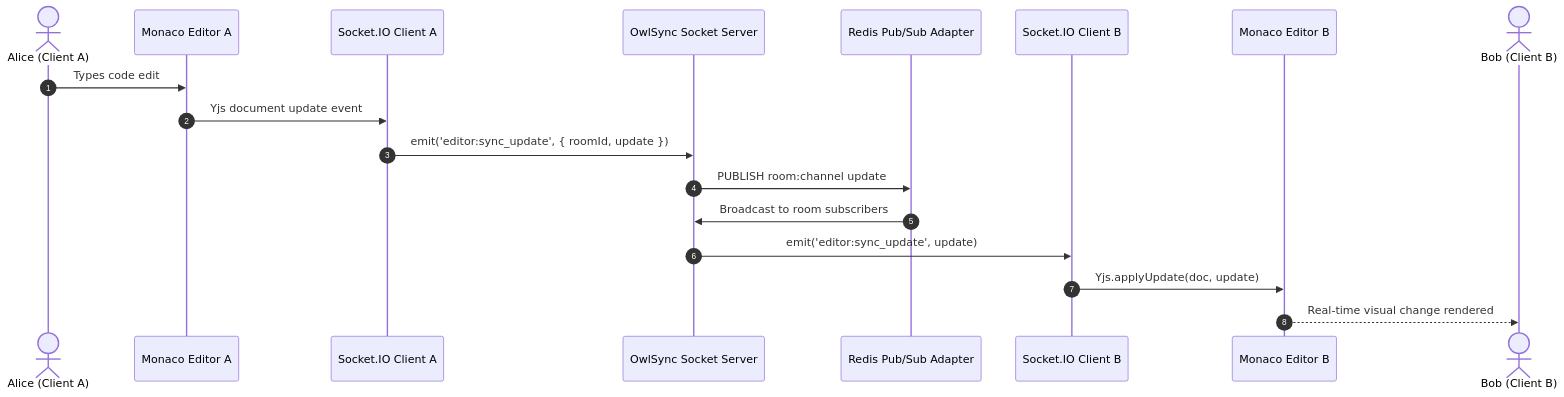
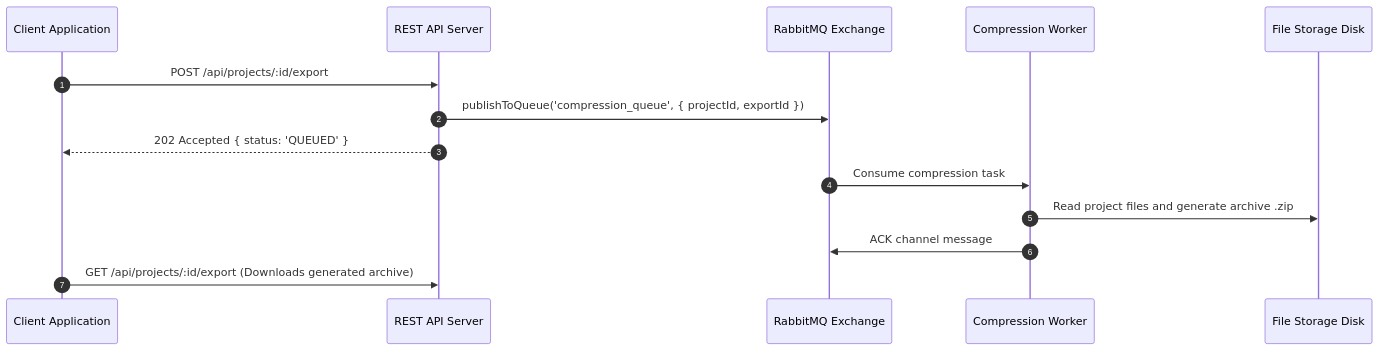
One commit to DhruvGola777/OwlSync changed the third of 3 diagrams in docs/SDD.md. Above: the diagram before and after it, drawn with Mermaid. The commit also changed other lines of this file and 3 other files, not shown here.

Commit message:
docs: add architectural documentation and initialize API error logging for infrastructure debugging

````diff
--- a/docs/SDD.md
+++ b/docs/SDD.md
@@ -99,21 +144,18 @@
 ```mermaid
 sequenceDiagram
     autonumber
-    actor Alice as Alice (Client A)
-    participant MonacoA as Monaco Editor A
-    participant SocketA as Socket.IO Client A
-    participant SocketServer as OwlSync Socket Server
-    participant RedisPubSub as Redis Pub/Sub Adapter
-    participant SocketB as Socket.IO Client B
-    participant MonacoB as Monaco Editor B
-    actor Bob as Bob (Client B)
+    participant Client as Client Application
+    participant API as REST API Server
+    participant RMQ as RabbitMQ Exchange
+    participant Worker as Compression Worker
+    participant Storage as File Storage Disk
 
-    Alice->>MonacoA: Types code edit
-    MonacoA->>SocketA: Yjs document update event
-    SocketA->>SocketServer: emit('editor:sync_update', { roomId, update })
-    SocketServer->>RedisPubSub: PUBLISH room:channel update
-    RedisPubSub->>SocketServer: Broadcast to room subscribers
-    SocketServer->>SocketB: emit('editor:sync_update', update)
-    SocketB->>MonacoB: Yjs.applyUpdate(doc, update)
-    MonacoB-->>Bob: Real-time visual change rendered
+    Client->>API: POST /api/projects/:id/export
+    API->>RMQ: publishToQueue('compression_queue', { projectId, exportId })
+    API-->>Client: 202 Accepted { status: 'QUEUED' }
+
+    RMQ->>Worker: Consume compression task
+    Worker->>Storage: Read project files and generate archive .zip
+    Worker->>RMQ: ACK channel message
+    Client->>API: GET /api/projects/:id/export (Downloads generated archive)
 ```
````
